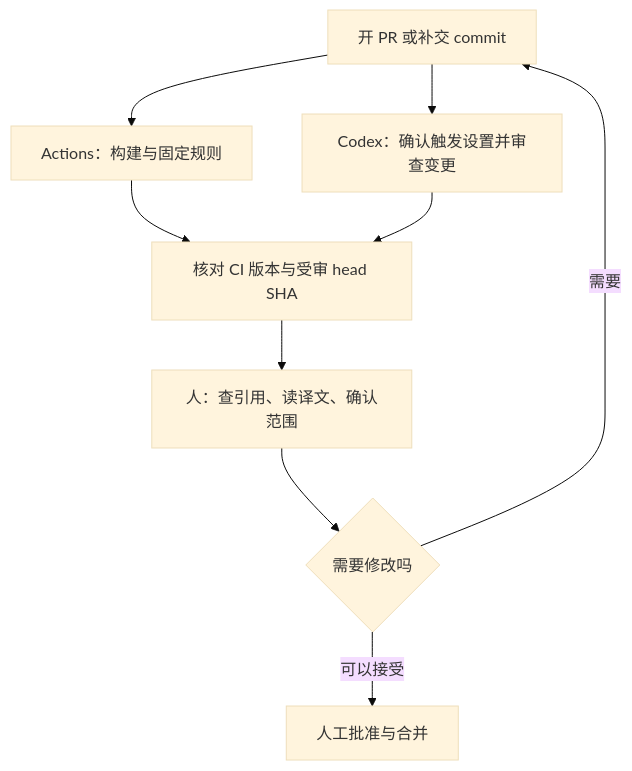
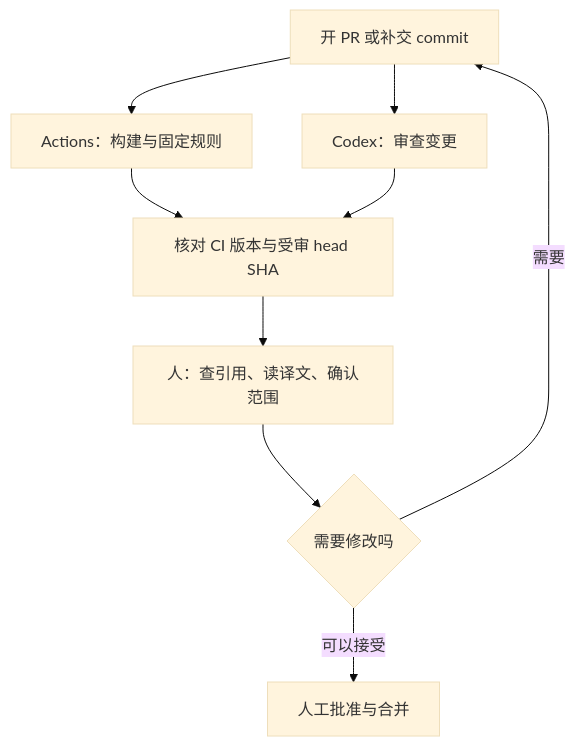
The diagram in _posts/zh-CN/2026-11-07-github-actions-ai-agent-pr-review.md (justmaocom/justmaocom.github.io), drawn with Mermaid (base theme) before and after one commit. The commit also changed other lines of this file and 5 other files, not shown here.

````diff
--- a/_posts/zh-CN/2026-11-07-github-actions-ai-agent-pr-review.md
+++ b/_posts/zh-CN/2026-11-07-github-actions-ai-agent-pr-review.md
@@ -53,11 +81,11 @@
 ```mermaid
 flowchart TD
   A[开 PR 或补交 commit] --> B[Actions：构建与固定规则]
-  A --> C[Codex：确认触发设置并审查变更]
+  A --> C[Codex：审查变更]
   B --> D[核对 CI 版本与受审 head SHA]
   C --> D
   D --> E[人：查引用、读译文、确认范围]
   E --> F{需要修改吗}
   F -->|需要| A
   F -->|可以接受| G[人工批准与合并]
 ```
````
